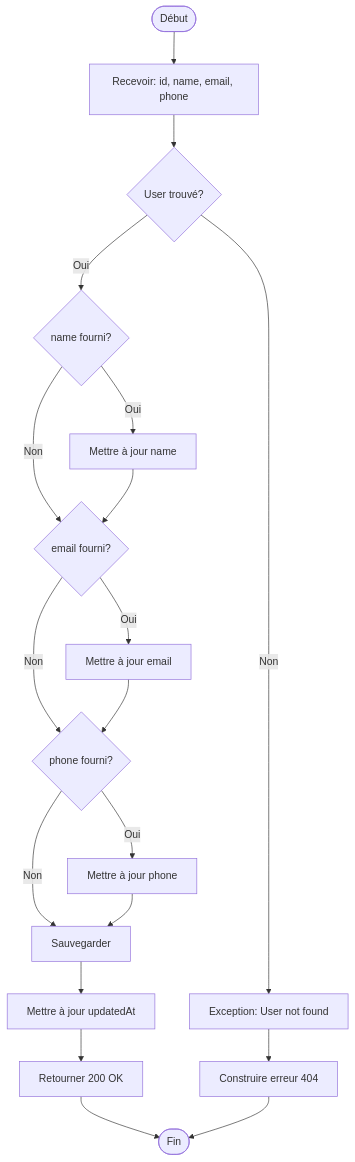
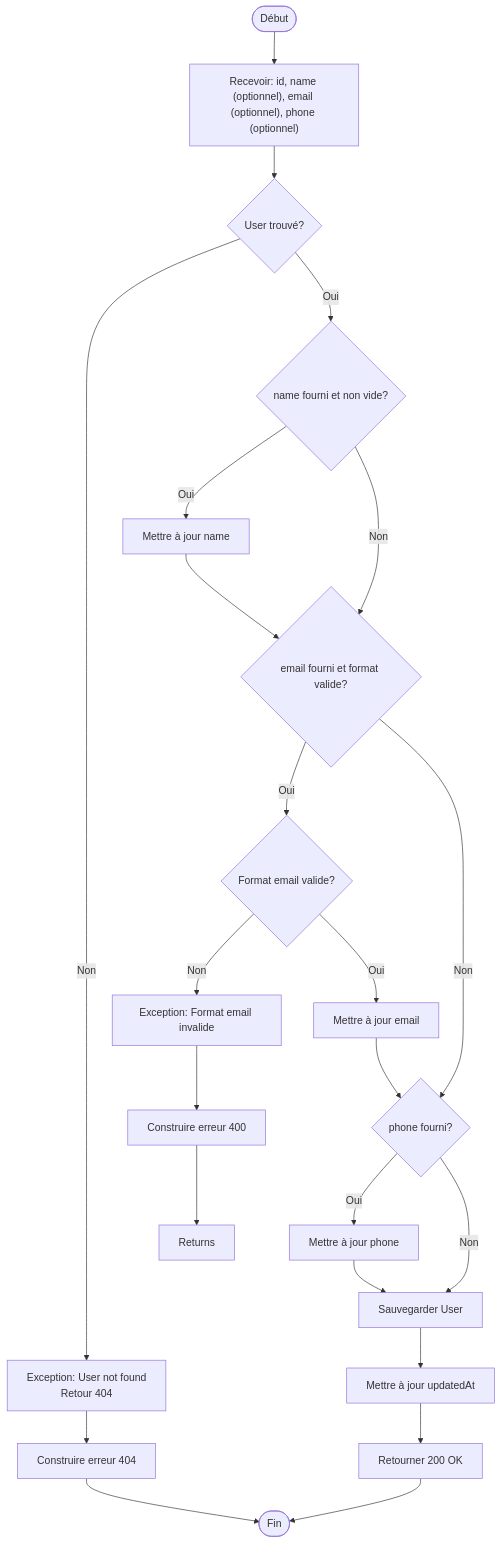
One commit to oberlinkeyanfe-ops/TP352 changed the diagram in CFG/updateUser.md. Above: the diagram before and after it, drawn with Mermaid. The commit also changed 64 other files, not shown here.

````diff
--- a/CFG/updateUser.md
+++ b/CFG/updateUser.md
@@ -1,21 +1,25 @@
 ```mermaid
 flowchart TD
-    Start(["Début"]) --> Input["Recevoir: id, name, email, phone"]
+    Start(["Début"]) --> Input["Recevoir: id, name (optionnel), email (optionnel), phone (optionnel)"]
     Input --> FindUser{"User trouvé?"}
-    FindUser -->|"Non"| Error404["Exception: User not found"]
-    FindUser -->|"Oui"| CheckName{"name fourni?"}
+    FindUser -->|"Non"| Error404["Exception: User not found<br/>Retour 404"]
+    FindUser -->|"Oui"| CheckName{"name fourni et non vide?"}
     CheckName -->|"Oui"| SetName["Mettre à jour name"]
-    CheckName -->|"Non"| CheckEmail{"email fourni?"}
+    CheckName -->|"Non"| CheckEmail{"email fourni et format valide?"}
     SetName --> CheckEmail
-    CheckEmail -->|"Oui"| SetEmail["Mettre à jour email"]
+    CheckEmail -->|"Oui"| ValidateEmailFormat{"Format email valide?"}
+    ValidateEmailFormat -->|"Non"| ErrorEmailFormat["Exception: Format email invalide"]
+    ValidateEmailFormat -->|"Oui"| SetEmail["Mettre à jour email"]
     CheckEmail -->|"Non"| CheckPhone{"phone fourni?"}
     SetEmail --> CheckPhone
     CheckPhone -->|"Oui"| SetPhone["Mettre à jour phone"]
-    CheckPhone -->|"Non"| SaveUser["Sauvegarder"]
+    CheckPhone -->|"Non"| SaveUser["Sauvegarder User"]
     SetPhone --> SaveUser
     SaveUser --> AutoUpdate["Mettre à jour updatedAt"]
     AutoUpdate --> ReturnUser["Retourner 200 OK"]
     Error404 --> BuildError["Construire erreur 404"]
+    ErrorEmailFormat --> BuildError400["Construire erreur 400"]
     ReturnUser --> Return(["Fin"])
     BuildError --> Return
+    BuildError400 --> Returns
 ```
````
